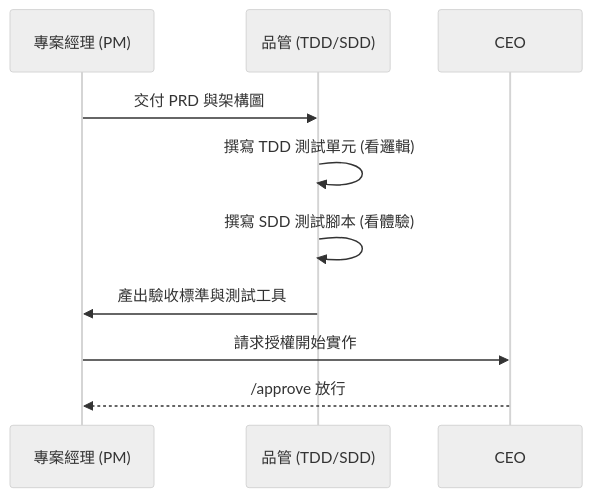
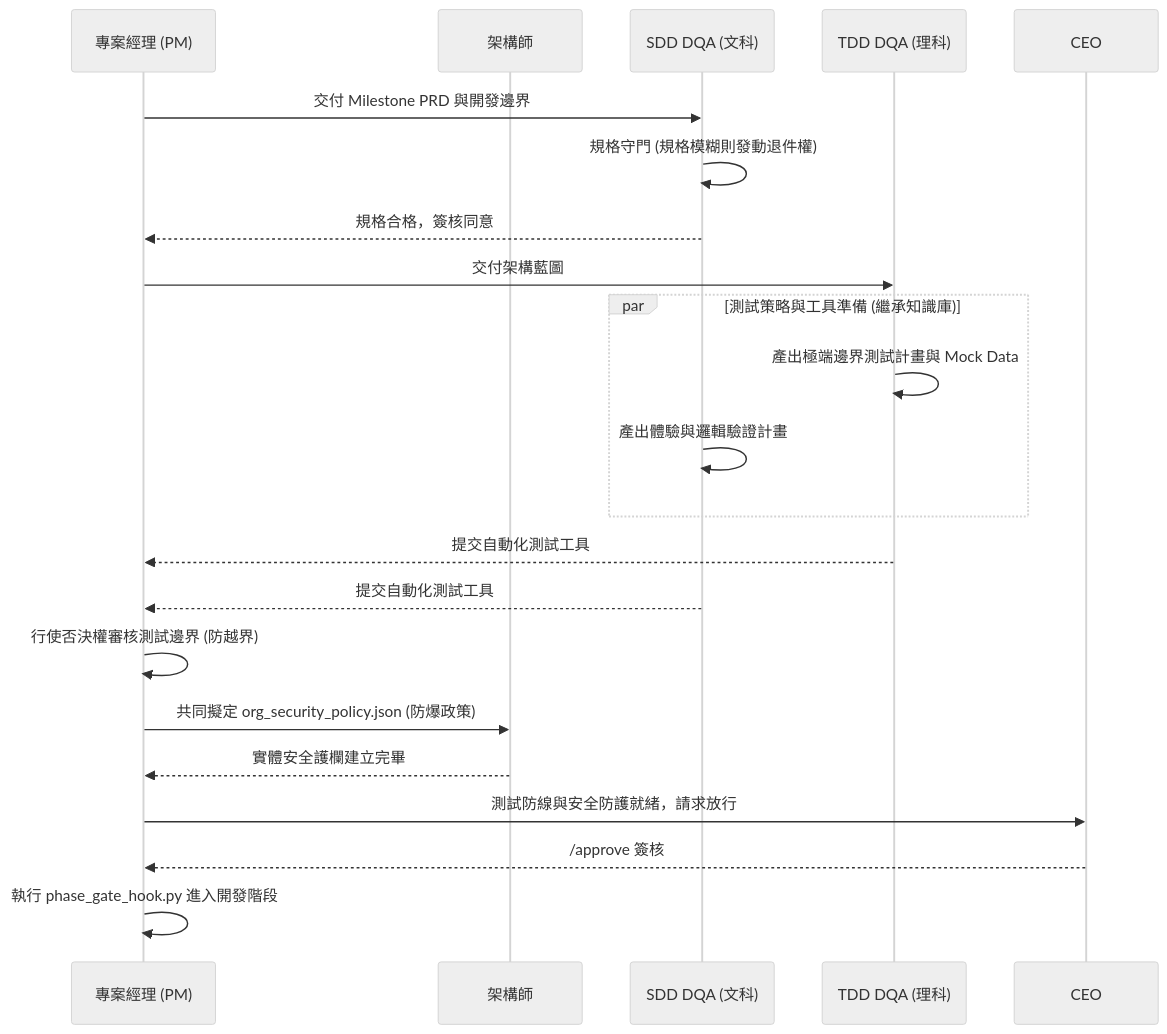
One commit to vip3310495-Johnny/Johnny-project-team-plugin changed the third of 7 diagrams in README.md. Above: the diagram before and after it, drawn with Mermaid (neutral theme). The commit also changed other lines of this file, not shown here.

Commit message:
docs: Detail Phase 1 and Phase 2 flowcharts based on SOP

````diff
--- a/README.md
+++ b/README.md
@@ -125,12 +129,28 @@
 ```mermaid
 sequenceDiagram
     participant PM as 專案經理 (PM)
-    participant DQA as 品管 (TDD/SDD)
+    participant Arch as 架構師
+    participant SDD as SDD DQA (文科)
+    participant TDD as TDD DQA (理科)
     participant CEO
-    PM->>DQA: 交付 PRD 與架構圖
-    DQA->>DQA: 撰寫 TDD 測試單元 (看邏輯)
-    DQA->>DQA: 撰寫 SDD 測試腳本 (看體驗)
-    DQA->>PM: 產出驗收標準與測試工具
-    PM->>CEO: 請求授權開始實作
-    CEO-->>PM: /approve 放行
+    
+    PM->>SDD: 交付 Milestone PRD 與開發邊界
+    SDD->>SDD: 規格守門 (規格模糊則發動退件權)
+    SDD-->>PM: 規格合格，簽核同意
+    
+    PM->>TDD: 交付架構藍圖
+    par 測試策略與工具準備 (繼承知識庫)
+        TDD->>TDD: 產出極端邊界測試計畫與 Mock Data
+        SDD->>SDD: 產出體驗與邏輯驗證計畫
+    end
+    TDD-->>PM: 提交自動化測試工具
+    SDD-->>PM: 提交自動化測試工具
+    PM->>PM: 行使否決權審核測試邊界 (防越界)
+    
+    PM->>Arch: 共同擬定 org_security_policy.json (防爆政策)
+    Arch-->>PM: 實體安全護欄建立完畢
+    
+    PM->>CEO: 測試防線與安全防護就緒，請求放行
+    CEO-->>PM: /approve 簽核
+    PM->>PM: 執行 phase_gate_hook.py 進入開發階段
 ```
````
